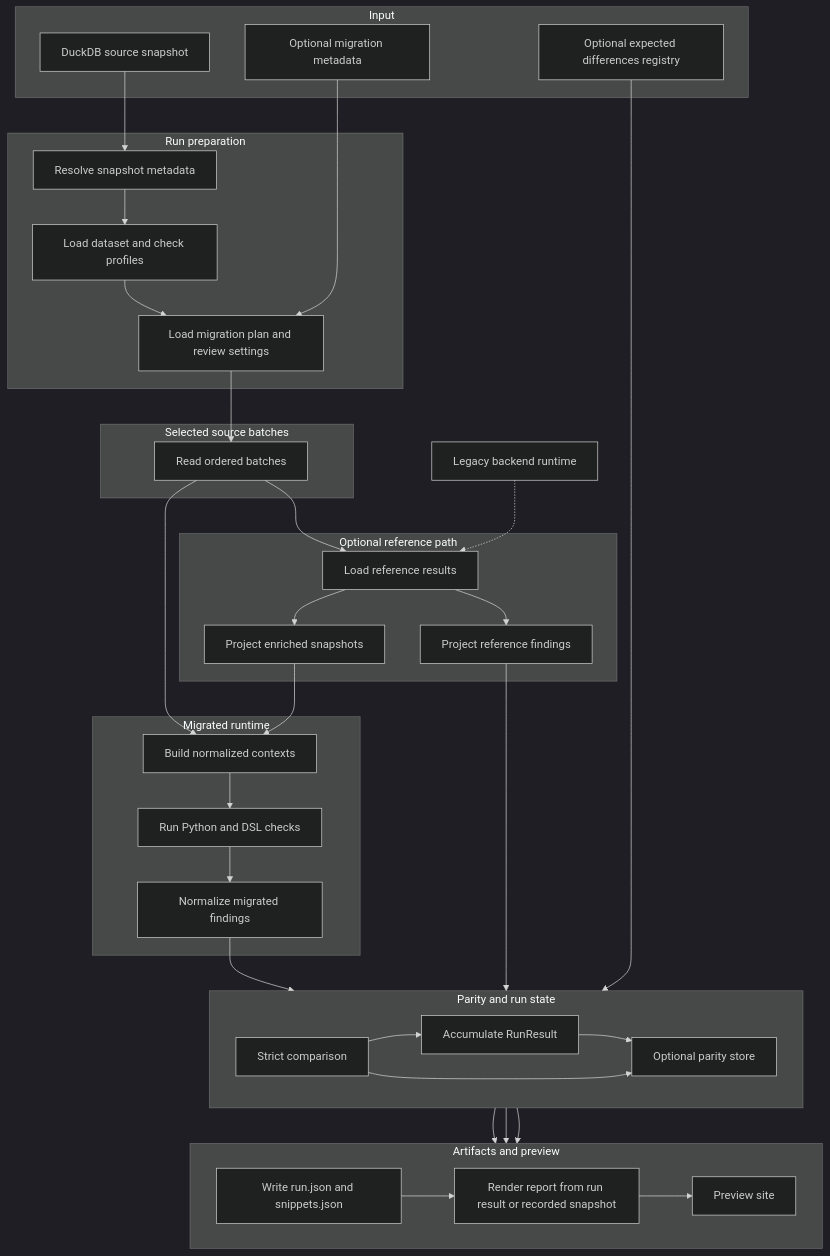
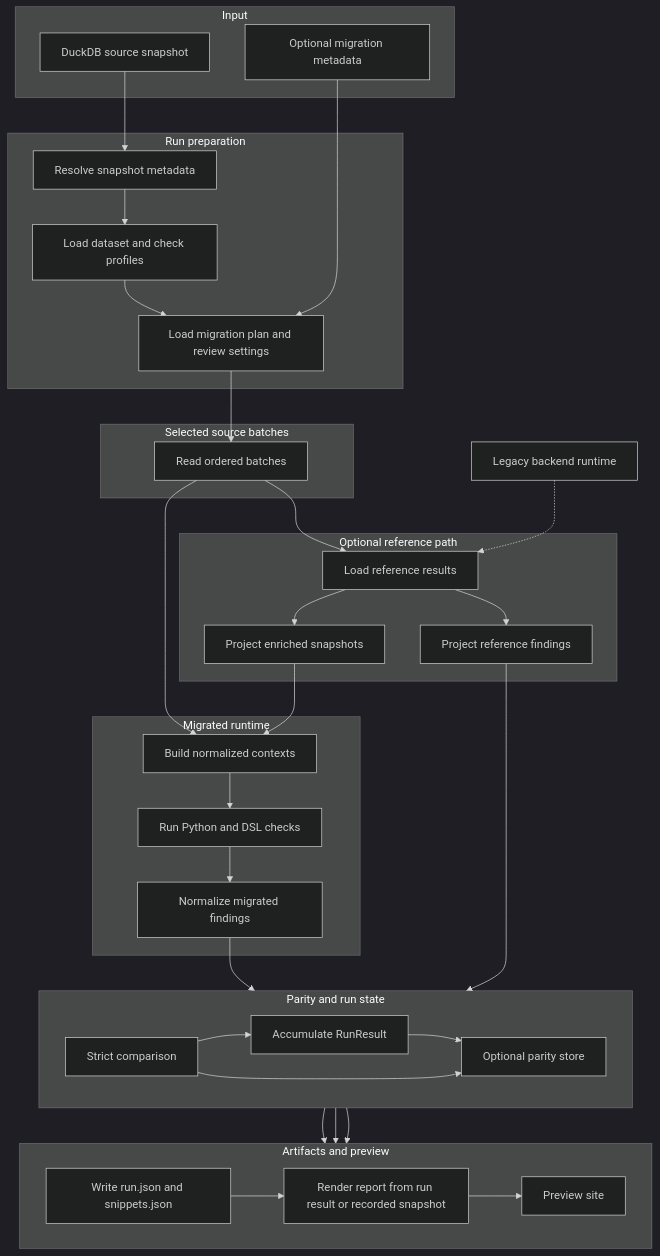
Before and after one commit to bobcorn/openfoodfacts-data-quality: the first of 3 diagrams in docs/explanation/application-runs.md, drawn with Mermaid (dark theme). The commit also changed other lines of this file and 30 other files, not shown here.

Commit message:
refactor: remove expected differences support (#23)

````diff
--- a/docs/explanation/application-runs.md
+++ b/docs/explanation/application-runs.md
@@ -10,68 +10,66 @@
 ```mermaid
 flowchart TB
     subgraph INPUT["Input"]
         A["DuckDB source snapshot"]
         B["Optional migration metadata"]
-        C["Optional expected differences registry"]
     end
 
     subgraph PREP["Run preparation"]
         D["Resolve snapshot metadata"]
         E["Load dataset and check profiles"]
         F["Load migration plan and review settings"]
         D --> E --> F
     end
 
     subgraph SOURCE["Selected source batches"]
         H["Read ordered batches"]
     end
 
     subgraph REF["Optional reference path"]
         I["Load reference results"]
         J["Project reference findings"]
         K["Project enriched snapshots"]
         I --> J
         I --> K
     end
 
     subgraph MIG["Migrated runtime"]
         L["Build normalized contexts"]
         M["Run Python and DSL checks"]
         N["Normalize migrated findings"]
         L --> M --> N
     end
 
     subgraph RUN["Parity and run state"]
         direction LR
         O["Strict comparison"]
         P["Accumulate RunResult"]
         Q["Optional parity store"]
         O --> P
         P --> Q
     end
 
     subgraph PRES["Artifacts and preview"]
         direction LR
         R["Write run.json and snippets.json"]
         S["Render report from run result or recorded snapshot"]
         T["Preview site"]
         R --> S --> T
     end
 
     U["Legacy backend runtime"]
 
     A --> D
     B --> F
-    C --> Q
     F --> H
     H --> I
     H --> L
     U -.-> I
     K --> L
     J --> O
     N --> O
     O --> Q
     P --> R
     P --> S
     Q --> S
 ```
````
